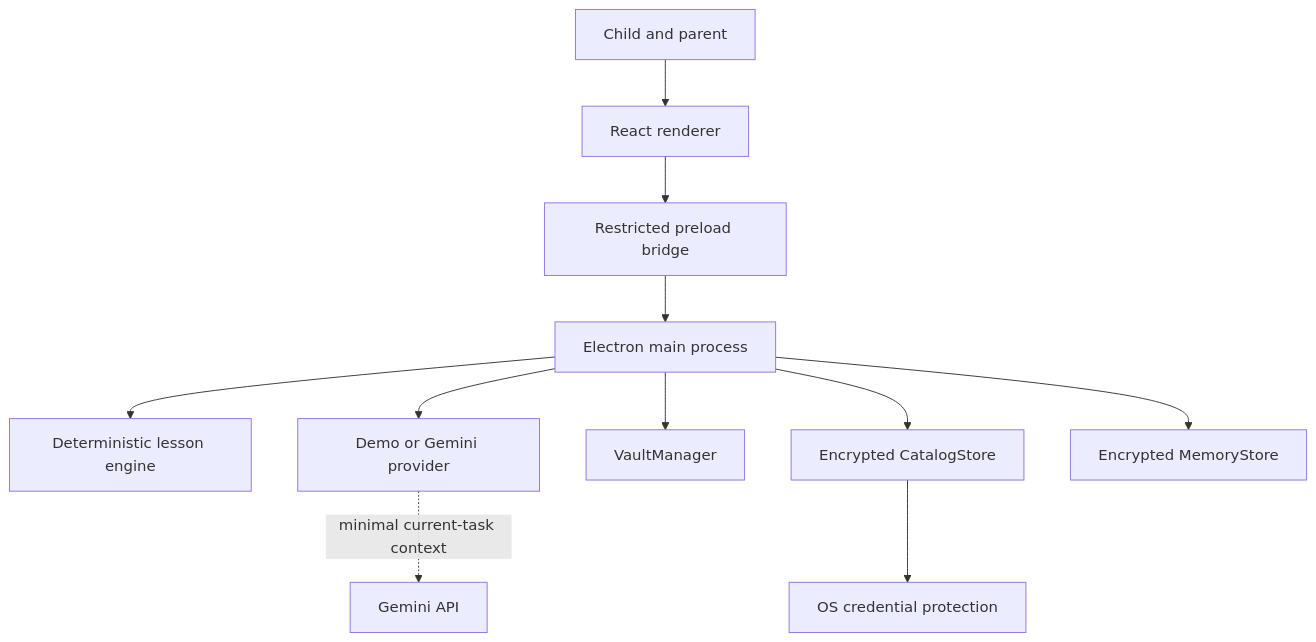
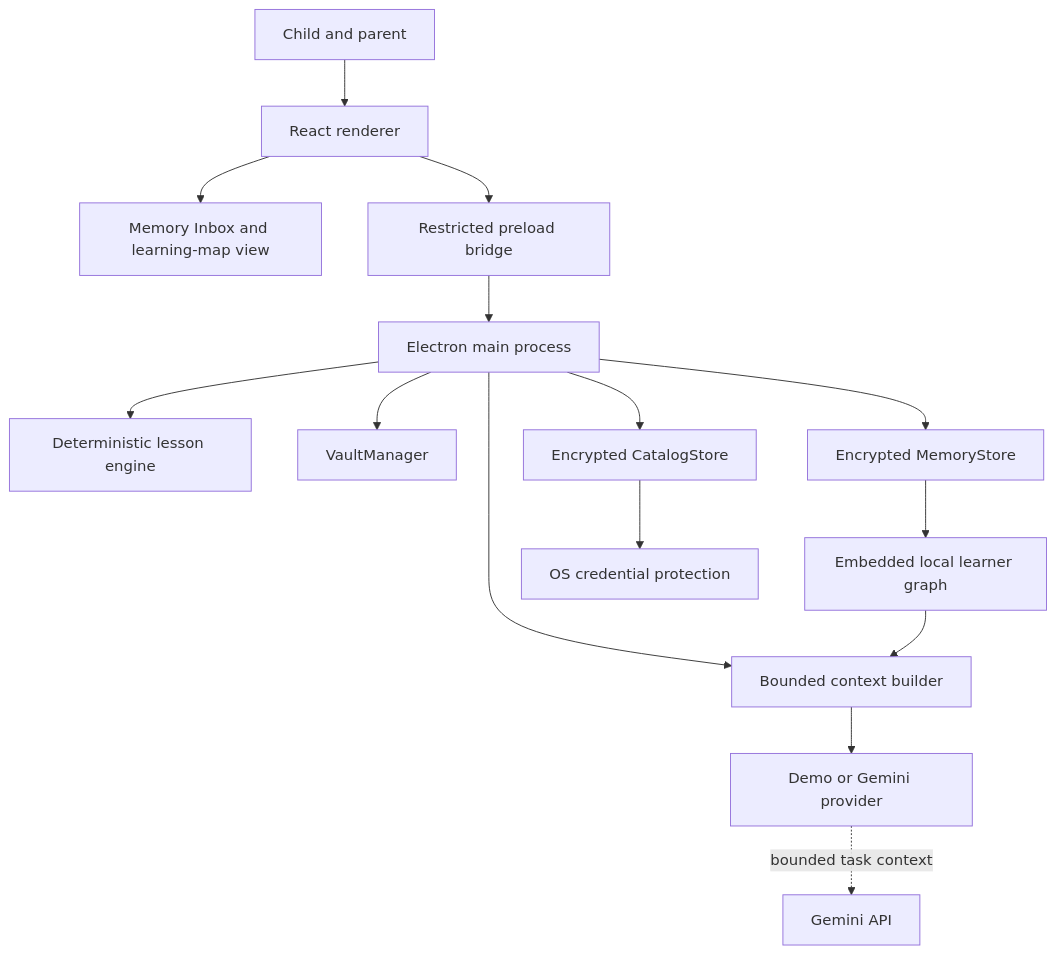
One commit to inbharatai/mindcarry changed the first of 2 diagrams in docs/architecture.md. Above: the diagram before and after it, drawn with Mermaid. The commit also changed other lines of this file and 17 other files, not shown here.

First line of the commit message:
feat: add local Learner Memory Inbox and graph

````diff
--- a/docs/architecture.md
+++ b/docs/architecture.md
@@ -7,24 +7,31 @@
 ```mermaid
 flowchart TB
     CHILD[Child and parent]
     RENDERER[React renderer]
+    INBOXUI[Memory Inbox and learning-map view]
     PRELOAD[Restricted preload bridge]
     MAIN[Electron main process]
     LESSON[Deterministic lesson engine]
+    CONTEXT[Bounded context builder]
     PROVIDER[Demo or Gemini provider]
     VAULT[VaultManager]
     CATALOG[Encrypted CatalogStore]
     MEMORY[Encrypted MemoryStore]
+    GRAPH[Embedded local learner graph]
     OS[OS credential protection]
 
     CHILD --> RENDERER
+    RENDERER --> INBOXUI
     RENDERER --> PRELOAD
     PRELOAD --> MAIN
     MAIN --> LESSON
-    MAIN --> PROVIDER
+    MAIN --> CONTEXT
+    CONTEXT --> PROVIDER
     MAIN --> VAULT
     MAIN --> CATALOG
     MAIN --> MEMORY
+    MEMORY --> GRAPH
+    GRAPH --> CONTEXT
     CATALOG --> OS
-    PROVIDER -. minimal current-task context .-> GEMINI[Gemini API]
+    PROVIDER -. bounded task context .-> GEMINI[Gemini API]
 ```
````
